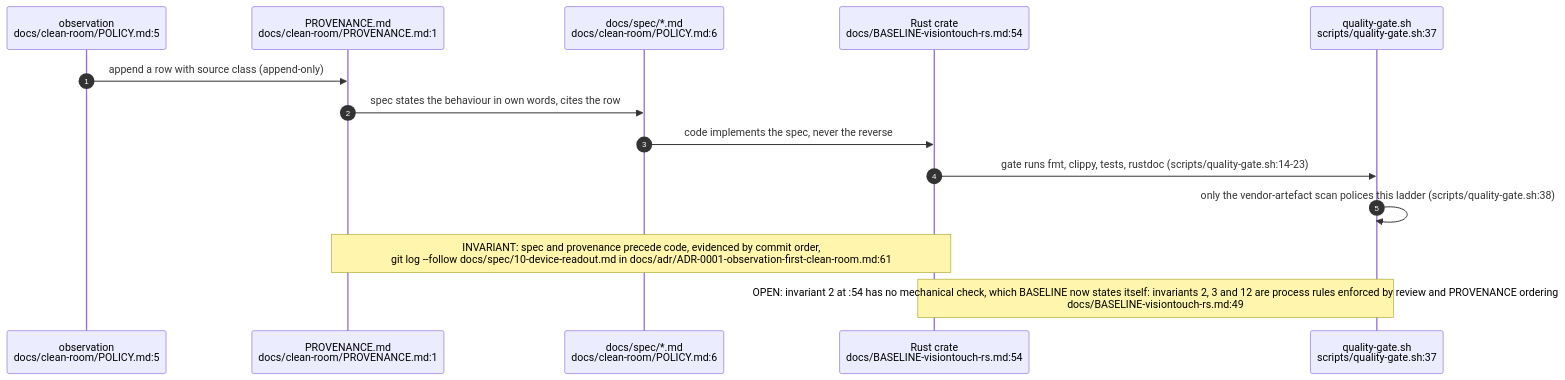
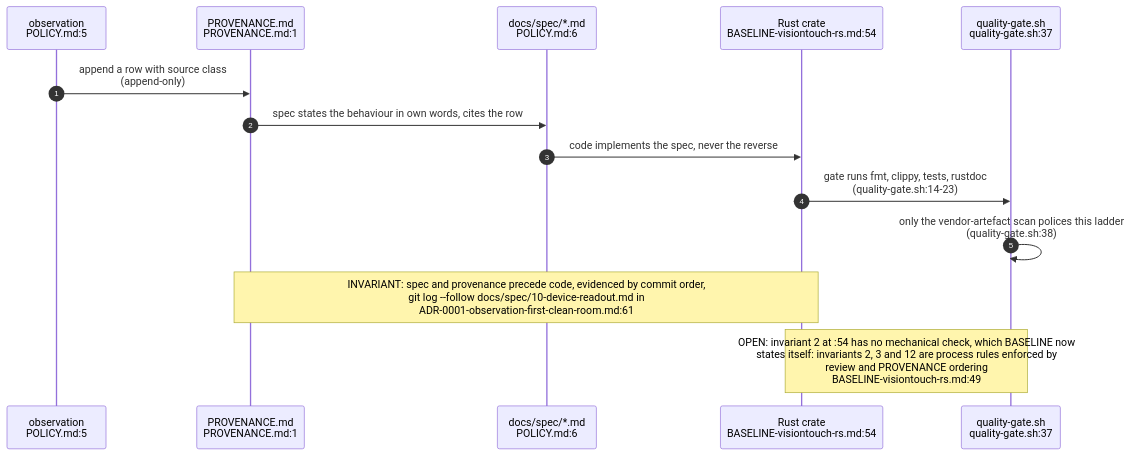
The second of 4 diagrams in docs/diagrams/visiontouch-rs/01-clean-room-method-and-provenance.md (DreamLab-AI/VisionFlow), drawn with Mermaid before and after one commit. The commit also changed other lines of this file and 27 other files, not shown here.

````diff
--- a/docs/diagrams/visiontouch-rs/01-clean-room-method-and-provenance.md
+++ b/docs/diagrams/visiontouch-rs/01-clean-room-method-and-provenance.md
@@ -66,16 +68,16 @@
 ```mermaid
 sequenceDiagram
     autonumber
-    participant OB as observation<br/>docs/clean-room/POLICY.md:5
-    participant PV as PROVENANCE.md<br/>docs/clean-room/PROVENANCE.md:1
-    participant SP as docs/spec/*.md<br/>docs/clean-room/POLICY.md:6
-    participant RS as Rust crate<br/>docs/BASELINE-visiontouch-rs.md:54
-    participant QG as quality-gate.sh<br/>scripts/quality-gate.sh:37
-    OB->>PV: append a row with source class (append-only)
+    participant OB as observation<br/>POLICY.md:5
+    participant PV as PROVENANCE.md<br/>PROVENANCE.md:1
+    participant SP as docs/spec/*.md<br/>POLICY.md:6
+    participant RS as Rust crate<br/>BASELINE-visiontouch-rs.md:54
+    participant QG as quality-gate.sh<br/>quality-gate.sh:37
+    OB->>PV: append a row with source class<br/>(append-only)
     PV->>SP: spec states the behaviour in own words, cites the row
     SP->>RS: code implements the spec, never the reverse
-    RS->>QG: gate runs fmt, clippy, tests, rustdoc (scripts/quality-gate.sh:14-23)
-    QG->>QG: only the vendor-artefact scan polices this ladder (scripts/quality-gate.sh:38)
-    Note over PV,RS: INVARIANT: spec and provenance precede code, evidenced by commit order,<br/>git log --follow docs/spec/10-device-readout.md in docs/adr/ADR-0001-observation-first-clean-room.md:61
-    Note over RS,QG: OPEN: invariant 2 at :54 has no mechanical check, which BASELINE now states itself: invariants 2, 3 and 12 are process rules enforced by review and PROVENANCE ordering<br/>docs/BASELINE-visiontouch-rs.md:49
+    RS->>QG: gate runs fmt, clippy, tests, rustdoc<br/>(quality-gate.sh:14-23)
+    QG->>QG: only the vendor-artefact scan polices this ladder<br/>(quality-gate.sh:38)
+    Note over PV,RS: INVARIANT: spec and provenance precede code, evidenced by commit order,<br/>git log --follow docs/spec/10-device-readout.md in<br/>ADR-0001-observation-first-clean-room.md:61
+    Note over RS,QG: OPEN: invariant 2 at :54 has no mechanical check, which BASELINE now<br/>states itself: invariants 2, 3 and 12 are process rules enforced by<br/>review and PROVENANCE ordering<br/>BASELINE-visiontouch-rs.md:49
 ```
````
